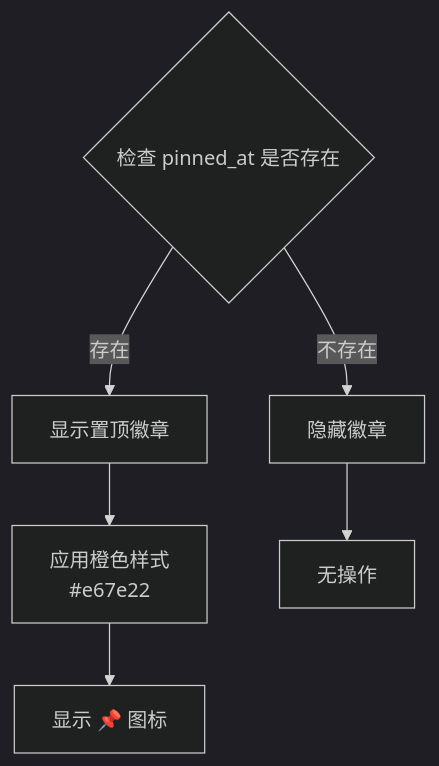
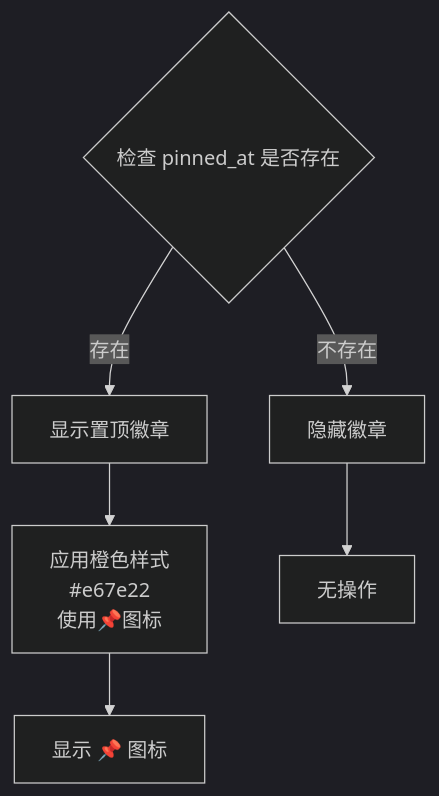
Before and after one commit to BlackBoxRecorder/memos: the fourth of 11 diagrams in .qoder/repowiki/zh/content/核心功能/备忘录固定功能设计规格.md, drawn with Mermaid (dark theme). The commit also changed other lines of this file and 12 other files, not shown here.

````diff
--- a/.qoder/repowiki/zh/content/核心功能/备忘录固定功能设计规格.md
+++ b/.qoder/repowiki/zh/content/核心功能/备忘录固定功能设计规格.md
@@ -177,9 +168,9 @@
 ```mermaid
 flowchart TD
 CheckPin{"检查 pinned_at 是否存在"}
 CheckPin --> |存在| ShowBadge["显示置顶徽章"]
 CheckPin --> |不存在| HideBadge["隐藏徽章"]
-ShowBadge --> BadgeStyle["应用橙色样式<br/>#e67e22"]
+ShowBadge --> BadgeStyle["应用橙色样式<br/>#e67e22<br/>使用📌图标"]
 BadgeStyle --> PinIcon["显示 📌 图标"]
 HideBadge --> NoAction["无操作"]
 ```
````
